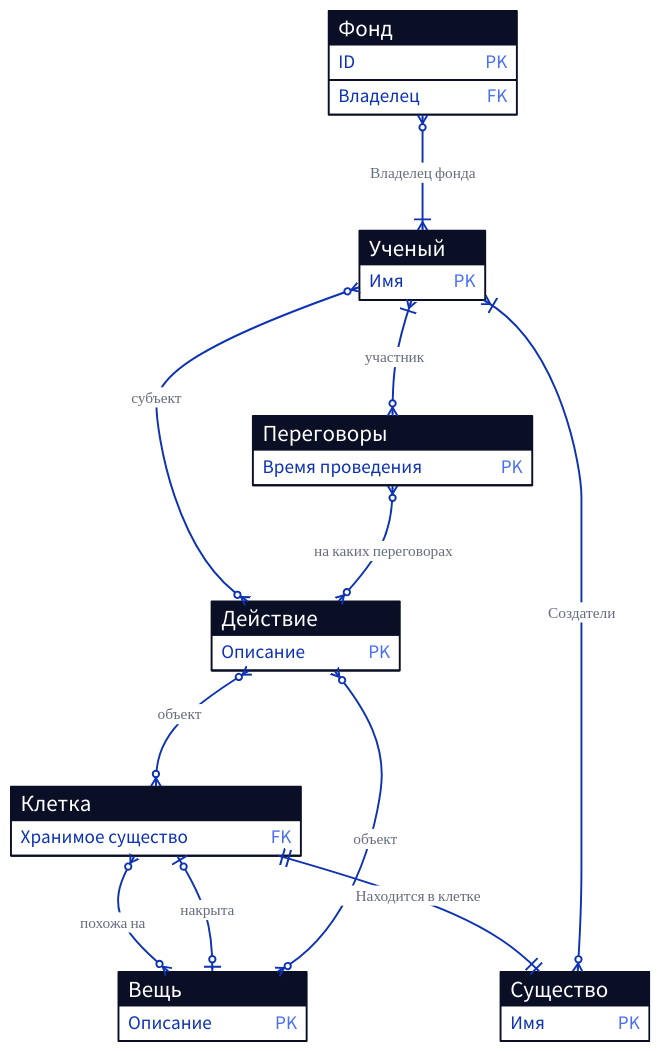
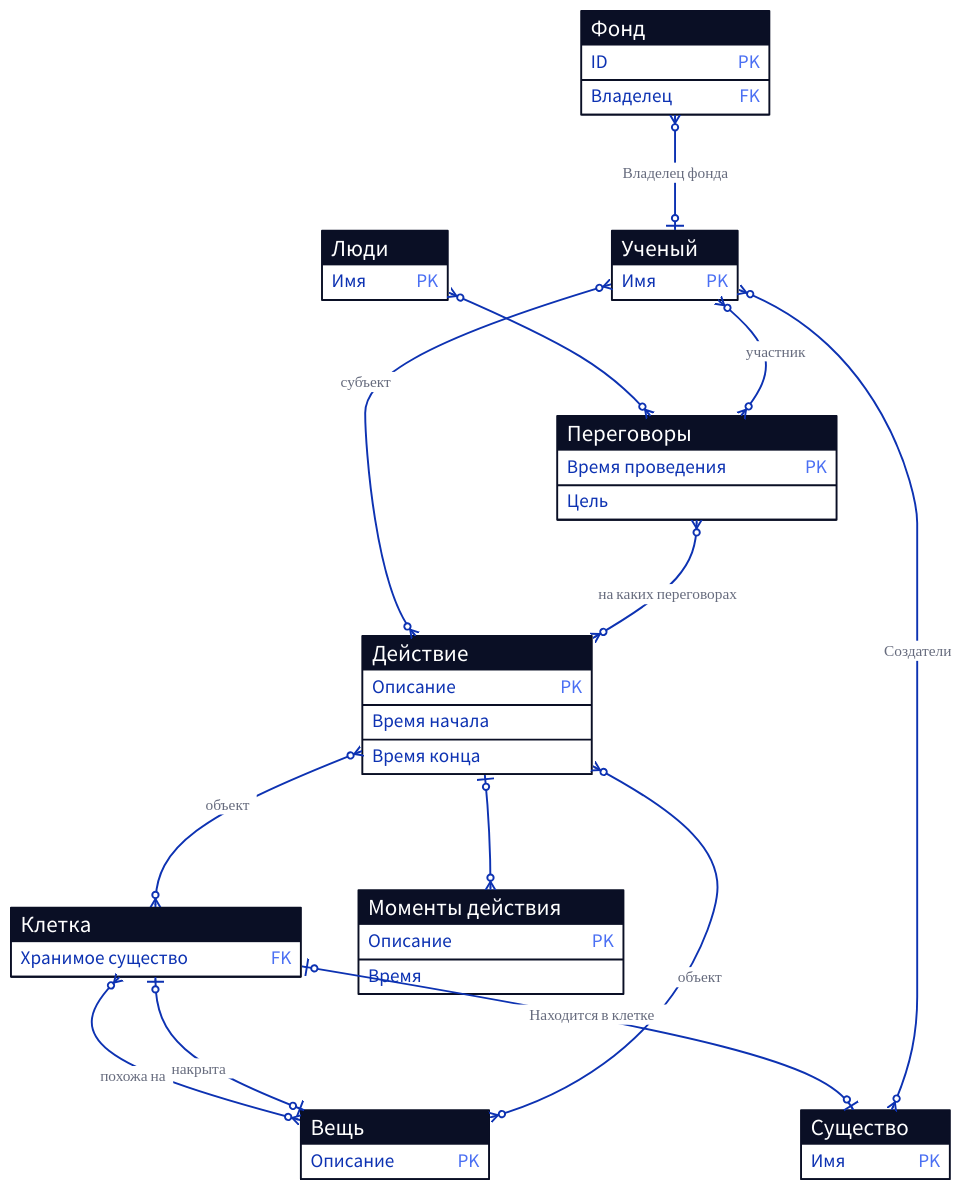
One commit to FEgor04/labs changed the diagram in databases/lab1/d2/infological.d2. Above: the diagram before and after it, drawn with D2. The commit also changed 8 other files, not shown here.

```diff
--- a/databases/lab1/d2/infological.d2
+++ b/databases/lab1/d2/infological.d2
@@ -1,126 +1,160 @@
 Ученый: {
   shape: sql_table
   Имя {constraint: primary_key}
 }
 
 Существо: {
   shape: sql_table
   Имя {constraint: primary_key}
 }
 
 Фонд: {
   shape: sql_table
   ID {constraint: primary_key}
   Владелец {constraint: foreign_key}
 }
 
 Клетка: {
   shape: sql_table
   Хранимое существо {constraint: foreign_key}
 }
 
 Вещь: {
   shape: sql_table
   Описание {constraint: primary_key}
 }
 
 Действие: {
   shape: sql_table
   Описание {constraint: primary_key} 
+  Время начала
+  Время конца
 }
+
+"Моменты действия": {
+  shape: sql_table
+  Описание {constraint: primary_key}
+  Время
+}
+
 
 Переговоры: {
   shape: sql_table
   Время проведения {constraint: primary_key}
+  Цель
 }
+
+Люди: {
+  shape: sql_table
+  Имя: {constraint: primary_key}
+}
+
+Люди.Имя <-> Переговоры."Время проведения": {
+  source-arrowhead {
+    shape: cf-many
+  }
+  target-arrowhead {
+    shape: cf-many
+  }
+}
+
 
 Существо.Имя <-> Ученый.Имя: Создатели {
   target-arrowhead {
-    shape: cf-many-required
+    shape: cf-many
   }
   source-arrowhead {
     shape: cf-many
   }
 }
 
 Фонд.Владелец <-> Ученый.Имя: Владелец фонда { 
   target-arrowhead {
-    shape: cf-many-required
+    shape: cf-one
   }
   source-arrowhead {
     shape: cf-many
   }
 }
 
 
 Клетка."Хранимое существо" <-> Существо.Имя: Находится в клетке {
   target-arrowhead {
-    shape: cf-one-required
+    shape: cf-one
   }
   source-arrowhead {
-    shape: cf-one-required
+    shape: cf-one
   }
 }
 
 Клетка."Хранимое существо" <-> Вещь.Описание: "похожа на" {
   target-arrowhead {
     shape: cf-many
   }
   source-arrowhead {
     shape: cf-many
   }
 }
 
 Клетка."Хранимое существо" <-> Вещь.Описание: "накрыта" {
   target-arrowhead {
     shape: cf-one
   }
   source-arrowhead {
     shape: cf-one
   }
 }
 
 Ученый.Имя <-> Действие.Описание: субъект {
   target-arrowhead {
     shape: cf-many
   }
   source-arrowhead {
     shape: cf-many
   }
 }
 
 Действие.Описание <-> Вещь.Описание: объект {
   target-arrowhead {
     shape: cf-many
   }
   source-arrowhead {
     shape: cf-many
   }
 }
 
 Действие.Описание <-> Клетка."Хранимое существо": объект {
   target-arrowhead {
     shape: cf-many
   }
   source-arrowhead {
     shape: cf-many
   }
 }
 
 Ученый.Имя <-> Переговоры."Время проведения": участник {
    target-arrowhead {
     shape: cf-many
   }
   source-arrowhead {
-    shape: cf-many-required
+    shape: cf-many
   } 
 }
 
 Переговоры."Время проведения" <-> Действие.Описание: на каких переговорах {
    target-arrowhead {
     shape: cf-many
   }
   source-arrowhead {
     shape: cf-many
   } 
 }
+
+Действие <-> "Моменты действия": {
+  target-arrowhead {
+    shape: cf-many
+  }
+  source-arrowhead {
+    shape: cf-one
+  }
+}
```
